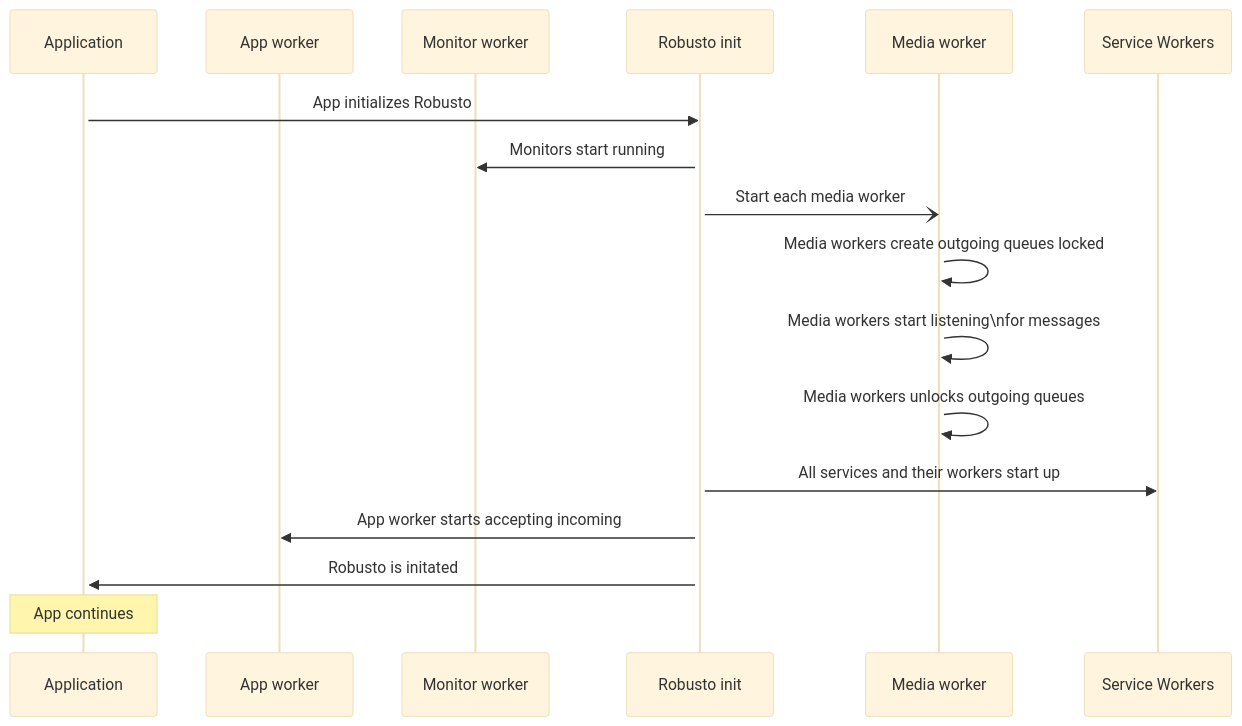
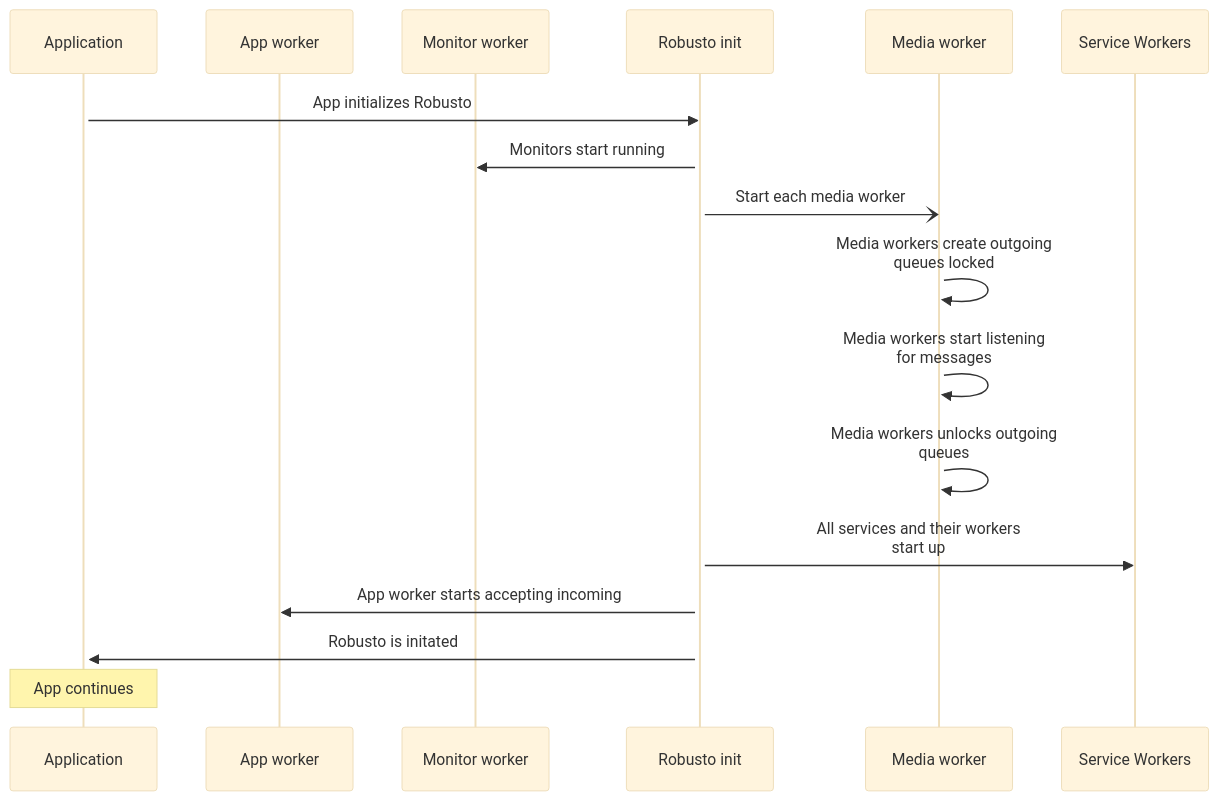
Before and after one commit to RobustoFramework/Multi-platform-Multi-board: the diagram in development/README.md, drawn with Mermaid (base theme). The commit also changed other lines of this file, not shown here.

Commit message:
Add breaks to diagram

````diff
--- a/development/README.md
+++ b/development/README.md
@@ -40,25 +40,25 @@
 ```mermaid 
 sequenceDiagram
 participant App as Application
 participant AW as  App worker
 participant Mon as Monitor worker
 participant RI as Robusto init
 participant MW as Media worker 
 participant SW as Service Workers
 activate App
 App ->> RI: App initializes Robusto
 activate RI
 RI ->> Mon: Monitors start running
 activate Mon
 RI -) MW : Start each media worker
 activate MW
-MW ->> MW: Media workers create outgoing queues locked
-MW ->> MW: Media workers start listening\nfor messages
-MW ->> MW: Media workers unlocks outgoing queues
-RI ->>SW : All services and their workers start up
+MW ->> MW: Media workers create outgoing<br/>queues locked
+MW ->> MW: Media workers start listening<br/>for messages
+MW ->> MW: Media workers unlocks outgoing<br/> queues
+RI ->>SW : All services and their workers<br/> start up
 activate SW
 RI ->> AW: App worker starts accepting incoming
 activate AW
 RI ->> App: Robusto is initated
 note over App: App continues
 ```
````
